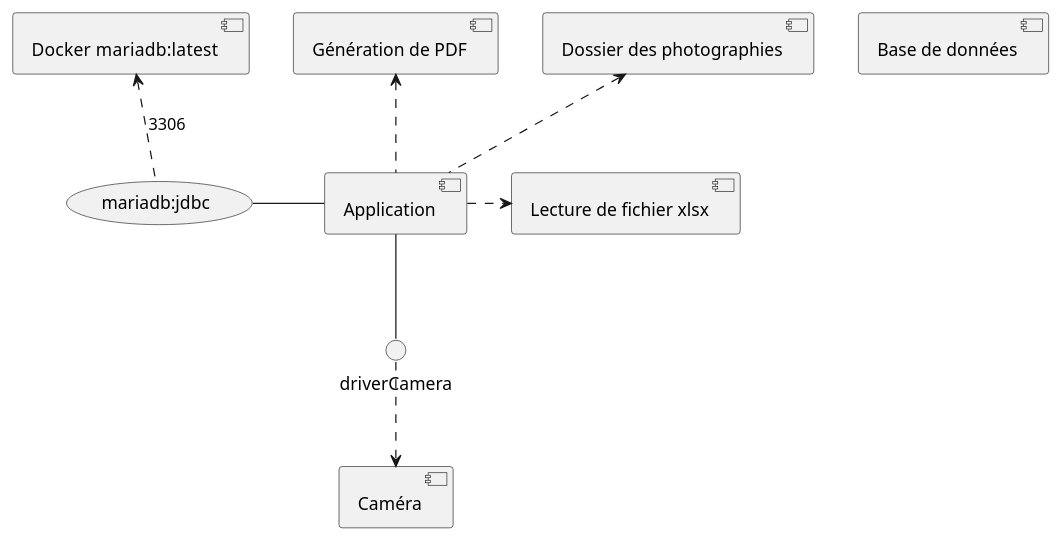
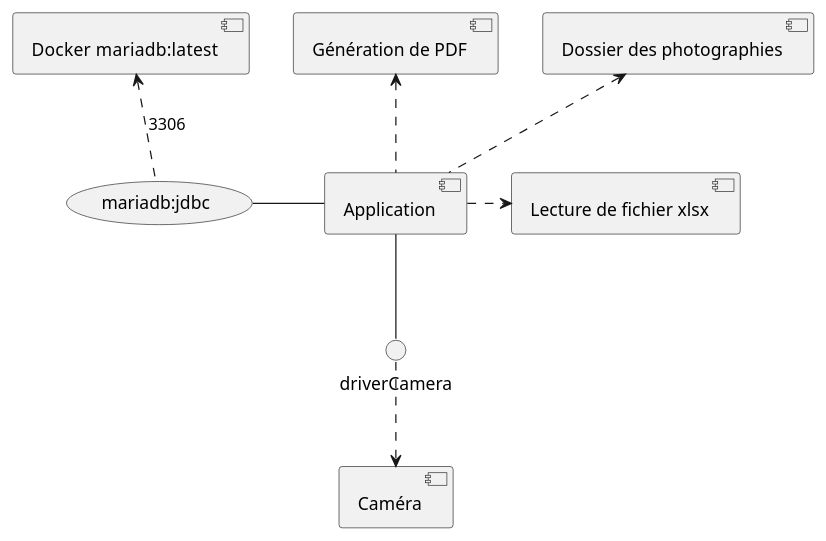
One commit to pandadorable/Trombinoscope changed the diagram in Diagrammes/composants.wsd. Above: the diagram before and after it, drawn with PlantUML. The commit also changed 5 other files, not shown here.

```diff
--- a/Diagrammes/composants.wsd
+++ b/Diagrammes/composants.wsd
@@ -1,16 +1,15 @@
 @startuml Diagrame composants
-[Base de données]
 [Caméra]
 [Dossier des photographies] as dossier
 [Génération de PDF] as pdf
 [Lecture de fichier xlsx] as xls
 interface driverCamera
 
 (mariadb:jdbc) - [Application]
 driverCamera -up- [Application]
 driverCamera .down.> [Caméra]
 (mariadb:jdbc) .up.> [Docker  mariadb:latest] : 3306
 [Application] .up.> pdf
 [Application] .right.> xls
 [Application] .up.> dossier
 @enduml
```
